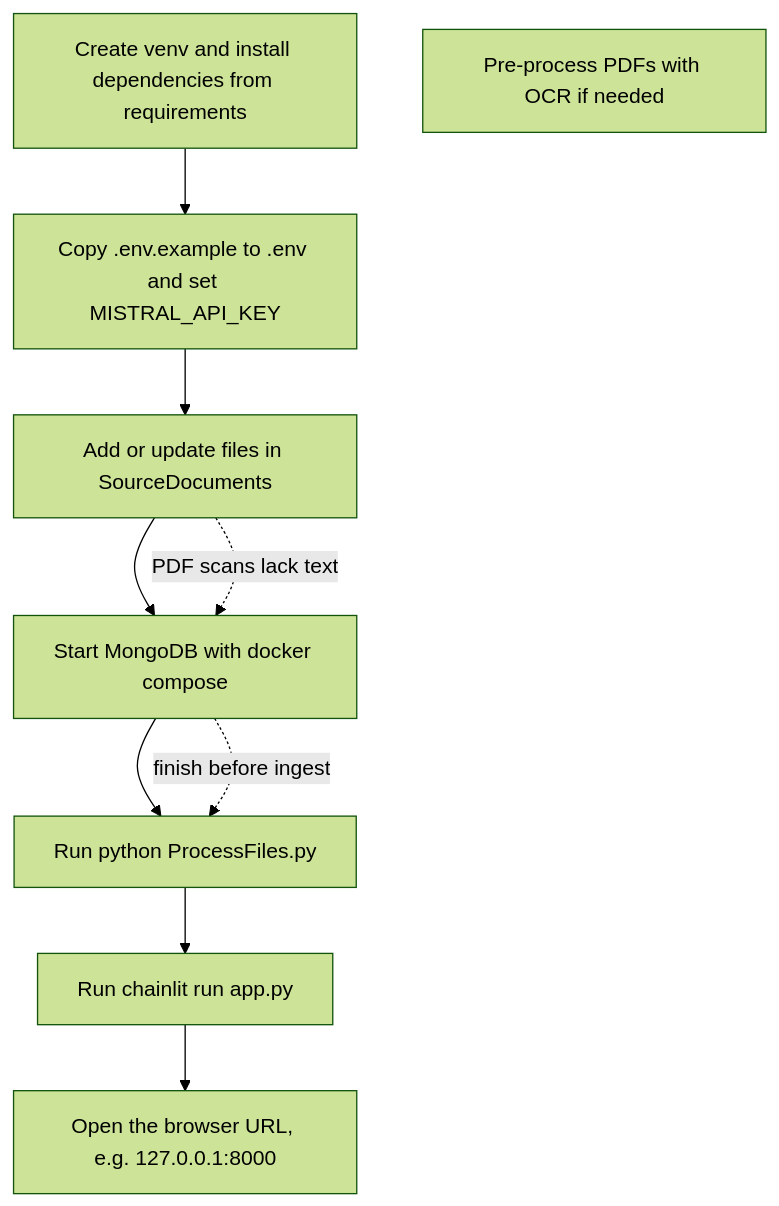
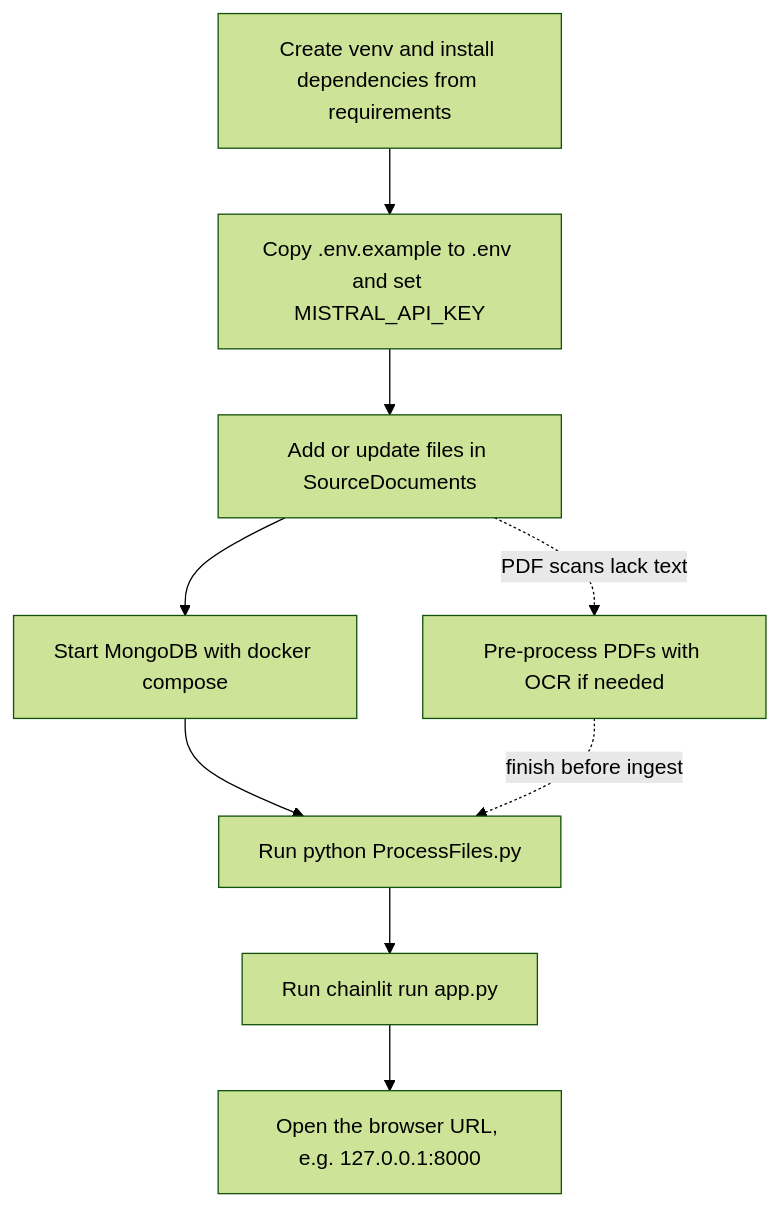
One commit to rendzina/Giulia-Chatbot-v1 changed the diagram in README.md. Above: the diagram before and after it, drawn with Mermaid (forest theme).

Commit message:
Update flowchart in README.md to reflect changes in the OCR processing workflow, replacing 'startMongo' with 'ocrPdf' for improved clarity on the sequence of operations.

````diff
--- a/README.md
+++ b/README.md
@@ -41,20 +41,20 @@
 ```mermaid
 flowchart TD
   firstVenv[Create venv and install dependencies from requirements]
   firstEnv[Copy .env.example to .env and set MISTRAL_API_KEY]
   addFiles[Add or update files in SourceDocuments]
   startMongo[Start MongoDB with docker compose]
   
   ingest[Run python ProcessFiles.py]
   ocrPdf[Pre-process PDFs with OCR if needed]
   runUi[Run chainlit run app.py]
   openUi["Open the browser URL, e.g. 127.0.0.1:8000"]
   firstVenv --> firstEnv
   firstEnv --> addFiles
   addFiles --> startMongo
   startMongo --> ingest
-  addFiles -.->|PDF scans lack text| startMongo
-  startMongo -.->|finish before ingest| ingest
+  addFiles -.->|PDF scans lack text| ocrPdf
+  ocrPdf -.->|finish before ingest| ingest
   ingest --> runUi
   runUi --> openUi
 ```
````
